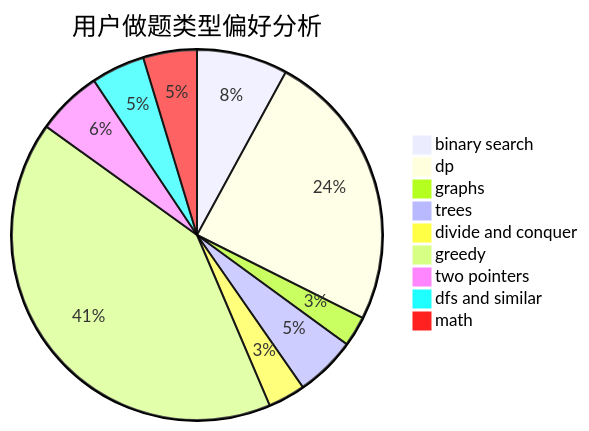
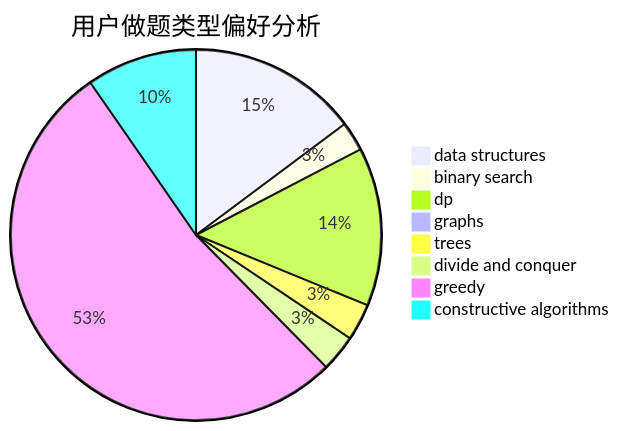
Before and after one commit to sherpahu/cfrs.github.io: the second of 3 diagrams in docs/user/u1924.md, drawn with Mermaid. The commit also changed other lines of this file and 2775 other files, not shown here.

````diff
--- a/docs/user/u1924.md
+++ b/docs/user/u1924.md
@@ -23,12 +23,11 @@
 ```mermaid
 pie title 用户做题类型偏好分析
-    "binary search" :  39
-    "dp" :  120
-    "graphs" :  13
-    "trees" :  26
-    "divide and conquer" :  16
-    "greedy" :  203
-    "two pointers" :  28
-    "dfs and similar" :  23
-    "math" :  23
+    "data structures" :  46
+    "binary search" :  8
+    "dp" :  43
+    "graphs" :  0
+    "trees" :  10
+    "divide and conquer" :  10
+    "greedy" :  164
+    "constructive algorithms" :  30
 ```
````
